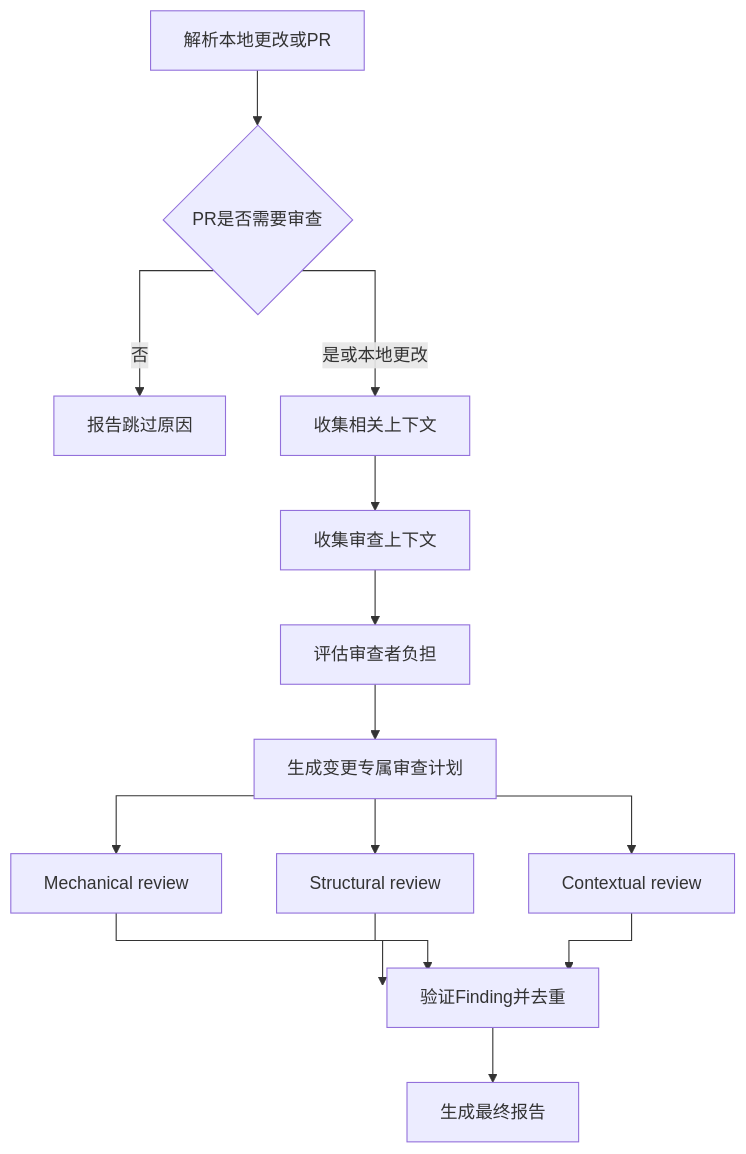
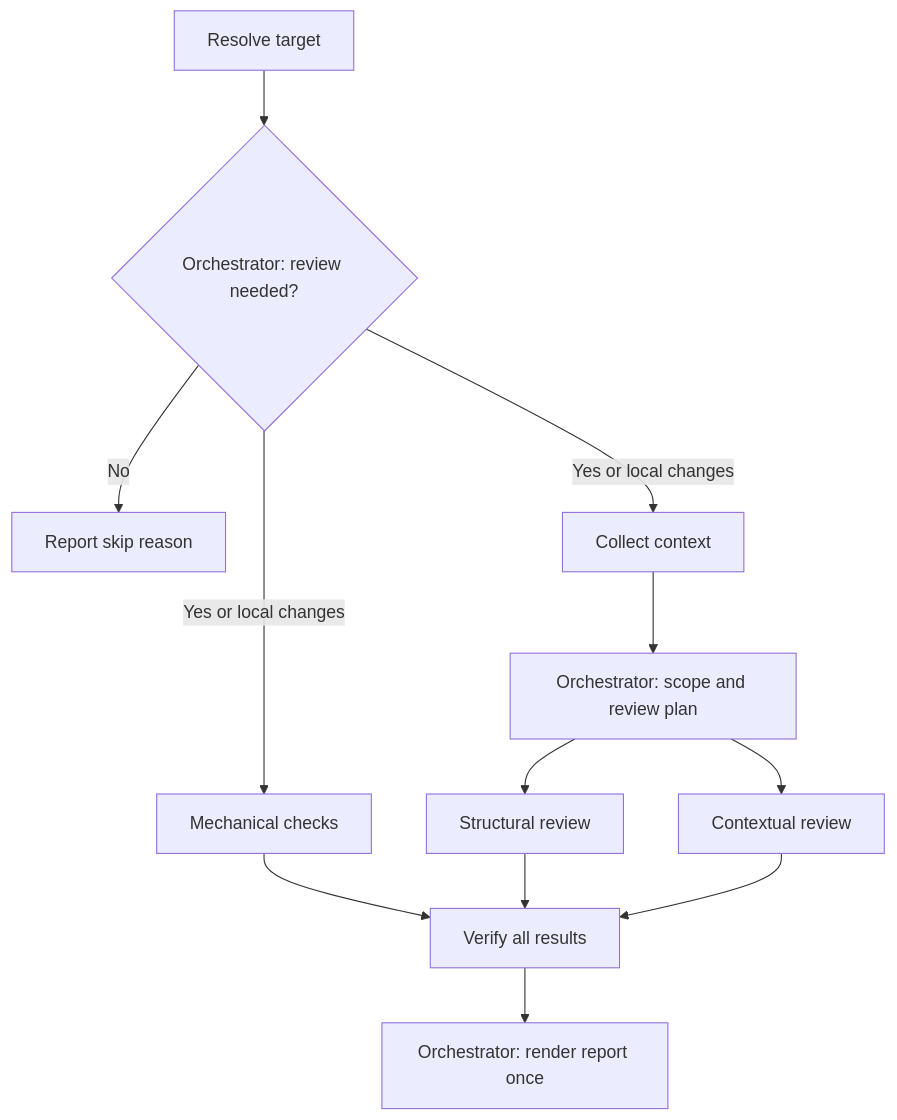
Before and after one commit to takuto-san/review: the diagram in docs/README.zh-CN.md, drawn with Mermaid. The commit also changed other lines of this file and 20 other files, not shown here.

Commit message:
Streamline review orchestration and move validation into checks

````diff
--- a/docs/README.zh-CN.md
+++ b/docs/README.zh-CN.md
@@ -71,17 +71,14 @@
 ```mermaid
-%%{init: {"flowchart": {"curve": "stepAfter"}}}%%
 flowchart TD
-    A[解析本地更改或PR] --> B{PR是否需要审查}
-    B -->|否| X[报告跳过原因]
-    B -->|是或本地更改| C[收集相关上下文]
-    C --> D[收集审查上下文]
-    D --> E[评估审查者负担]
-    E --> F[生成变更专属审查计划]
-    F --> G1[Mechanical review]
-    F --> G2[Structural review]
-    F --> G3[Contextual review]
-    G1 --> H[验证Finding并去重]
-    G2 --> H
-    G3 --> H
-    H --> I[生成最终报告]
+    A[Resolve target] --> B{Orchestrator: review needed?}
+    B -->|No| X[Report skip reason]
+    B -->|Yes or local changes| C[Collect context]
+    B -->|Yes or local changes| M[Mechanical checks]
+    C --> P[Orchestrator: scope and review plan]
+    P --> S[Structural review]
+    P --> T[Contextual review]
+    M --> V[Verify all results]
+    S --> V
+    T --> V
+    V --> R[Orchestrator: render report once]
 ```
````
